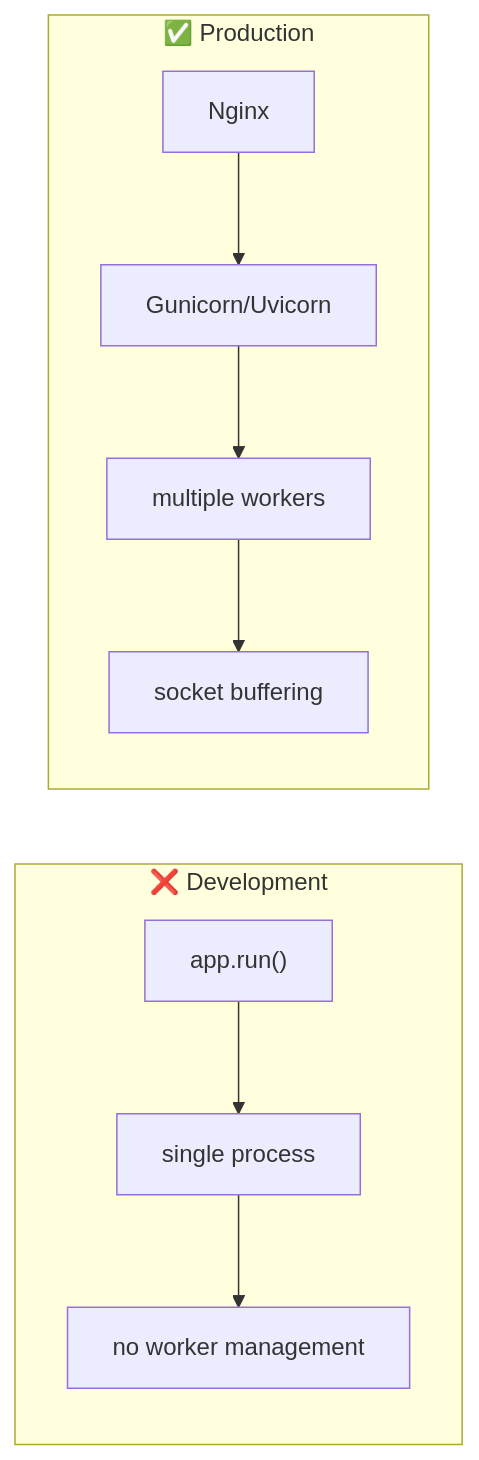
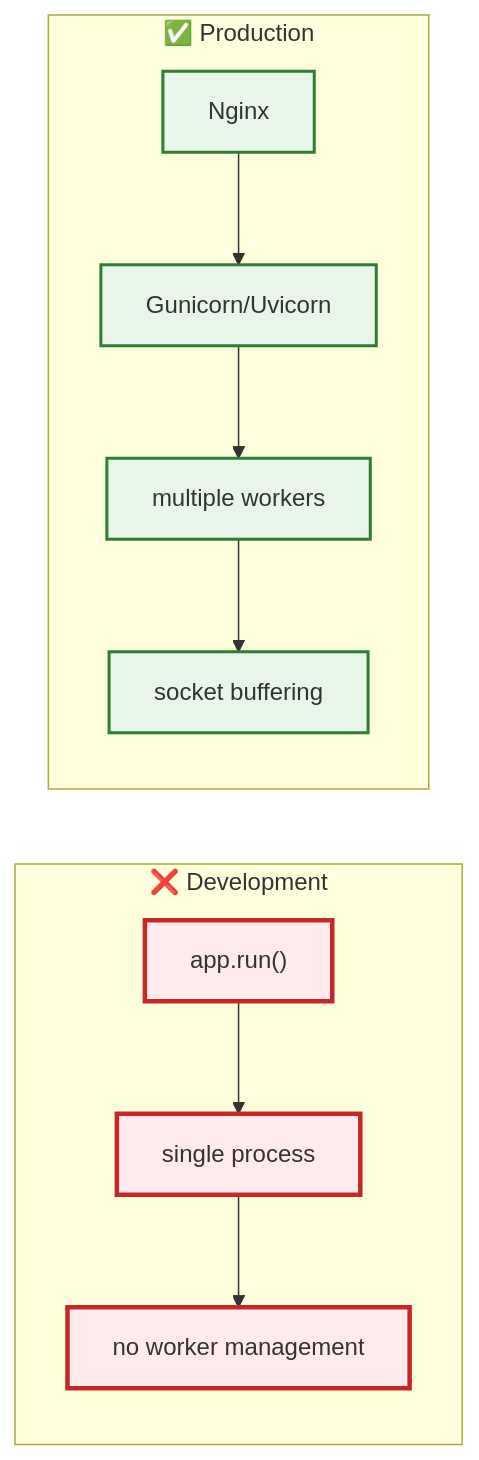
Before and after one commit to NikoriakViktot/notes_chat_app: the seventh of 9 diagrams in docs/01_web_foundations/server.md, drawn with Mermaid. The commit also changed other lines of this file and 441 other files, not shown here.

First line of the commit message:
Add English version of the book, Mermaid standard, docs fixes

````diff
--- a/docs/01_web_foundations/server.md
+++ b/docs/01_web_foundations/server.md
@@ -615,23 +633,29 @@
 ```mermaid
 flowchart LR
 
     subgraph DEV["❌ Development"]
         FlaskRun["app.run()"]
         Single["single process"]
         NoWorkers["no worker management"]
     end
 
     subgraph PROD["✅ Production"]
         Nginx["Nginx"]
         Gunicorn["Gunicorn/Uvicorn"]
         Workers["multiple workers"]
         Buffers["socket buffering"]
     end
 
     FlaskRun --> Single
     Single --> NoWorkers
 
     Nginx --> Gunicorn
     Gunicorn --> Workers
     Workers --> Buffers
+
+    classDef success  fill:#e8f5e9,stroke:#2e7d32,stroke-width:2px;
+    classDef error    fill:#ffebee,stroke:#c62828,stroke-width:3px;
+
+    class FlaskRun,Single,NoWorkers error;
+    class Nginx,Gunicorn,Workers,Buffers success;
 ```
````
